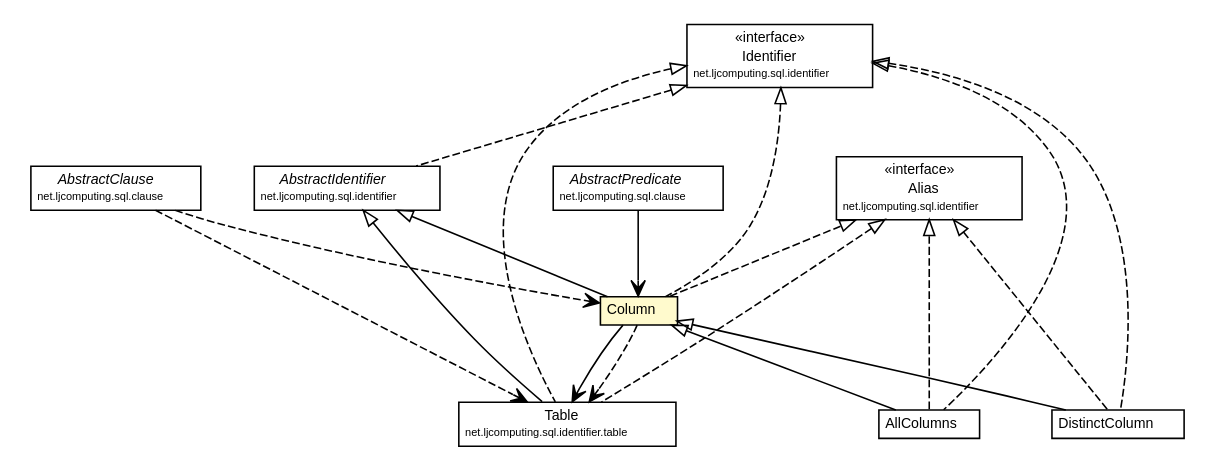
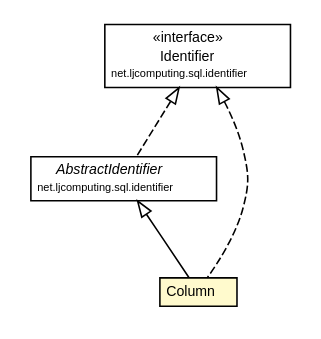
The diagram in docs/javadoc/apidocs/net/ljcomputing/sql/identifier/column/Column.dot (willmorejg/net.ljcomputing.sql), drawn with Graphviz before and after one commit. The commit also changed 308 other files, not shown here.

```diff
--- a/docs/javadoc/apidocs/net/ljcomputing/sql/identifier/column/Column.dot
+++ b/docs/javadoc/apidocs/net/ljcomputing/sql/identifier/column/Column.dot
@@ -1,110 +1,39 @@
 #!/usr/local/bin/dot
 #
 # Class diagram 
 # Generated by UMLGraph version R5_6 (http://www.umlgraph.org/)
 #
 
 digraph G {
 	edge [fontname="Helvetica",fontsize=10,labelfontname="Helvetica",labelfontsize=10];
 	node [fontname="Helvetica",fontsize=10,shape=plaintext];
 	nodesep=0.25;
 	ranksep=0.5;
-	// net.ljcomputing.sql.clause.AbstractPredicate
-	c528 [label=<<table title="net.ljcomputing.sql.clause.AbstractPredicate" border="0" cellborder="1" cellspacing="0" cellpadding="2" port="p" href="../../clause/AbstractPredicate.html">
-		<tr><td><table border="0" cellspacing="0" cellpadding="1">
-<tr><td align="center" balign="center"><font face="Helvetica-Oblique"> AbstractPredicate </font></td></tr>
-<tr><td align="center" balign="center"><font point-size="7.0"> net.ljcomputing.sql.clause </font></td></tr>
-		</table></td></tr>
-		</table>>, URL="../../clause/AbstractPredicate.html", fontname="Helvetica", fontcolor="black", fontsize=9.0];
-	// net.ljcomputing.sql.clause.AbstractClause
-	c529 [label=<<table title="net.ljcomputing.sql.clause.AbstractClause" border="0" cellborder="1" cellspacing="0" cellpadding="2" port="p" href="../../clause/AbstractClause.html">
-		<tr><td><table border="0" cellspacing="0" cellpadding="1">
-<tr><td align="center" balign="center"><font face="Helvetica-Oblique"> AbstractClause </font></td></tr>
-<tr><td align="center" balign="center"><font point-size="7.0"> net.ljcomputing.sql.clause </font></td></tr>
-		</table></td></tr>
-		</table>>, URL="../../clause/AbstractClause.html", fontname="Helvetica", fontcolor="black", fontsize=9.0];
-	// net.ljcomputing.sql.identifier.table.Table
-	c546 [label=<<table title="net.ljcomputing.sql.identifier.table.Table" border="0" cellborder="1" cellspacing="0" cellpadding="2" port="p" href="../table/Table.html">
-		<tr><td><table border="0" cellspacing="0" cellpadding="1">
-<tr><td align="center" balign="center"> Table </td></tr>
-<tr><td align="center" balign="center"><font point-size="7.0"> net.ljcomputing.sql.identifier.table </font></td></tr>
-		</table></td></tr>
-		</table>>, URL="../table/Table.html", fontname="Helvetica", fontcolor="black", fontsize=9.0];
 	// net.ljcomputing.sql.identifier.AbstractIdentifier
-	c547 [label=<<table title="net.ljcomputing.sql.identifier.AbstractIdentifier" border="0" cellborder="1" cellspacing="0" cellpadding="2" port="p" href="../AbstractIdentifier.html">
+	c575 [label=<<table title="net.ljcomputing.sql.identifier.AbstractIdentifier" border="0" cellborder="1" cellspacing="0" cellpadding="2" port="p" href="../AbstractIdentifier.html">
 		<tr><td><table border="0" cellspacing="0" cellpadding="1">
 <tr><td align="center" balign="center"><font face="Helvetica-Oblique"> AbstractIdentifier </font></td></tr>
 <tr><td align="center" balign="center"><font point-size="7.0"> net.ljcomputing.sql.identifier </font></td></tr>
 		</table></td></tr>
 		</table>>, URL="../AbstractIdentifier.html", fontname="Helvetica", fontcolor="black", fontsize=9.0];
 	// net.ljcomputing.sql.identifier.Identifier
-	c548 [label=<<table title="net.ljcomputing.sql.identifier.Identifier" border="0" cellborder="1" cellspacing="0" cellpadding="2" port="p" href="../Identifier.html">
+	c576 [label=<<table title="net.ljcomputing.sql.identifier.Identifier" border="0" cellborder="1" cellspacing="0" cellpadding="2" port="p" href="../Identifier.html">
 		<tr><td><table border="0" cellspacing="0" cellpadding="1">
 <tr><td align="center" balign="center"> &#171;interface&#187; </td></tr>
 <tr><td align="center" balign="center"> Identifier </td></tr>
 <tr><td align="center" balign="center"><font point-size="7.0"> net.ljcomputing.sql.identifier </font></td></tr>
 		</table></td></tr>
 		</table>>, URL="../Identifier.html", fontname="Helvetica", fontcolor="black", fontsize=9.0];
-	// net.ljcomputing.sql.identifier.Alias
-	c549 [label=<<table title="net.ljcomputing.sql.identifier.Alias" border="0" cellborder="1" cellspacing="0" cellpadding="2" port="p" href="../Alias.html">
-		<tr><td><table border="0" cellspacing="0" cellpadding="1">
-<tr><td align="center" balign="center"> &#171;interface&#187; </td></tr>
-<tr><td align="center" balign="center"> Alias </td></tr>
-<tr><td align="center" balign="center"><font point-size="7.0"> net.ljcomputing.sql.identifier </font></td></tr>
-		</table></td></tr>
-		</table>>, URL="../Alias.html", fontname="Helvetica", fontcolor="black", fontsize=9.0];
-	// net.ljcomputing.sql.identifier.column.AllColumns
-	c550 [label=<<table title="net.ljcomputing.sql.identifier.column.AllColumns" border="0" cellborder="1" cellspacing="0" cellpadding="2" port="p" href="./AllColumns.html">
-		<tr><td><table border="0" cellspacing="0" cellpadding="1">
-<tr><td align="center" balign="center"> AllColumns </td></tr>
-		</table></td></tr>
-		</table>>, URL="./AllColumns.html", fontname="Helvetica", fontcolor="black", fontsize=9.0];
 	// net.ljcomputing.sql.identifier.column.Column
-	c551 [label=<<table title="net.ljcomputing.sql.identifier.column.Column" border="0" cellborder="1" cellspacing="0" cellpadding="2" port="p" bgcolor="lemonChiffon" href="./Column.html">
+	c577 [label=<<table title="net.ljcomputing.sql.identifier.column.Column" border="0" cellborder="1" cellspacing="0" cellpadding="2" port="p" bgcolor="lemonChiffon" href="./Column.html">
 		<tr><td><table border="0" cellspacing="0" cellpadding="1">
 <tr><td align="center" balign="center"> Column </td></tr>
 		</table></td></tr>
 		</table>>, URL="./Column.html", fontname="Helvetica", fontcolor="black", fontsize=9.0];
-	// net.ljcomputing.sql.identifier.column.DistinctColumn
-	c552 [label=<<table title="net.ljcomputing.sql.identifier.column.DistinctColumn" border="0" cellborder="1" cellspacing="0" cellpadding="2" port="p" href="./DistinctColumn.html">
-		<tr><td><table border="0" cellspacing="0" cellpadding="1">
-<tr><td align="center" balign="center"> DistinctColumn </td></tr>
-		</table></td></tr>
-		</table>>, URL="./DistinctColumn.html", fontname="Helvetica", fontcolor="black", fontsize=9.0];
-	//net.ljcomputing.sql.identifier.table.Table extends net.ljcomputing.sql.identifier.AbstractIdentifier
-	c547:p -> c546:p [dir=back,arrowtail=empty];
-	//net.ljcomputing.sql.identifier.table.Table implements net.ljcomputing.sql.identifier.Identifier
-	c548:p -> c546:p [dir=back,arrowtail=empty,style=dashed];
-	//net.ljcomputing.sql.identifier.table.Table implements net.ljcomputing.sql.identifier.Alias
-	c549:p -> c546:p [dir=back,arrowtail=empty,style=dashed];
 	//net.ljcomputing.sql.identifier.AbstractIdentifier implements net.ljcomputing.sql.identifier.Identifier
-	c548:p -> c547:p [dir=back,arrowtail=empty,style=dashed];
-	//net.ljcomputing.sql.identifier.column.AllColumns extends net.ljcomputing.sql.identifier.column.Column
-	c551:p -> c550:p [dir=back,arrowtail=empty];
-	//net.ljcomputing.sql.identifier.column.AllColumns implements net.ljcomputing.sql.identifier.Identifier
-	c548:p -> c550:p [dir=back,arrowtail=empty,style=dashed];
-	//net.ljcomputing.sql.identifier.column.AllColumns implements net.ljcomputing.sql.identifier.Alias
-	c549:p -> c550:p [dir=back,arrowtail=empty,style=dashed];
+	c576:p -> c575:p [dir=back,arrowtail=empty,style=dashed];
 	//net.ljcomputing.sql.identifier.column.Column extends net.ljcomputing.sql.identifier.AbstractIdentifier
-	c547:p -> c551:p [dir=back,arrowtail=empty];
+	c575:p -> c577:p [dir=back,arrowtail=empty];
 	//net.ljcomputing.sql.identifier.column.Column implements net.ljcomputing.sql.identifier.Identifier
-	c548:p -> c551:p [dir=back,arrowtail=empty,style=dashed];
-	//net.ljcomputing.sql.identifier.column.Column implements net.ljcomputing.sql.identifier.Alias
-	c549:p -> c551:p [dir=back,arrowtail=empty,style=dashed];
-	//net.ljcomputing.sql.identifier.column.DistinctColumn extends net.ljcomputing.sql.identifier.column.Column
-	c551:p -> c552:p [dir=back,arrowtail=empty];
-	//net.ljcomputing.sql.identifier.column.DistinctColumn implements net.ljcomputing.sql.identifier.Identifier
-	c548:p -> c552:p [dir=back,arrowtail=empty,style=dashed];
-	//net.ljcomputing.sql.identifier.column.DistinctColumn implements net.ljcomputing.sql.identifier.Alias
-	c549:p -> c552:p [dir=back,arrowtail=empty,style=dashed];
-	// net.ljcomputing.sql.clause.AbstractPredicate NAVASSOC net.ljcomputing.sql.identifier.column.Column
-	c528:p -> c551:p [taillabel="", label="", headlabel="", fontname="Helvetica", fontcolor="black", fontsize=10.0, color="black", arrowhead=open];
-	// net.ljcomputing.sql.identifier.column.Column NAVASSOC net.ljcomputing.sql.identifier.table.Table
-	c551:p -> c546:p [taillabel="", label="", headlabel="", fontname="Helvetica", fontcolor="black", fontsize=10.0, color="black", arrowhead=open];
-	// net.ljcomputing.sql.clause.AbstractClause DEPEND net.ljcomputing.sql.identifier.table.Table
-	c529:p -> c546:p [taillabel="", label="", headlabel="", fontname="Helvetica", fontcolor="black", fontsize=10.0, color="black", arrowhead=open, style=dashed];
-	// net.ljcomputing.sql.clause.AbstractClause DEPEND net.ljcomputing.sql.identifier.column.Column
-	c529:p -> c551:p [taillabel="", label="", headlabel="", fontname="Helvetica", fontcolor="black", fontsize=10.0, color="black", arrowhead=open, style=dashed];
-	// net.ljcomputing.sql.identifier.column.Column DEPEND net.ljcomputing.sql.identifier.table.Table
-	c551:p -> c546:p [taillabel="", label="", headlabel="", fontname="Helvetica", fontcolor="black", fontsize=10.0, color="black", arrowhead=open, style=dashed];
+	c576:p -> c577:p [dir=back,arrowtail=empty,style=dashed];
 }
```
